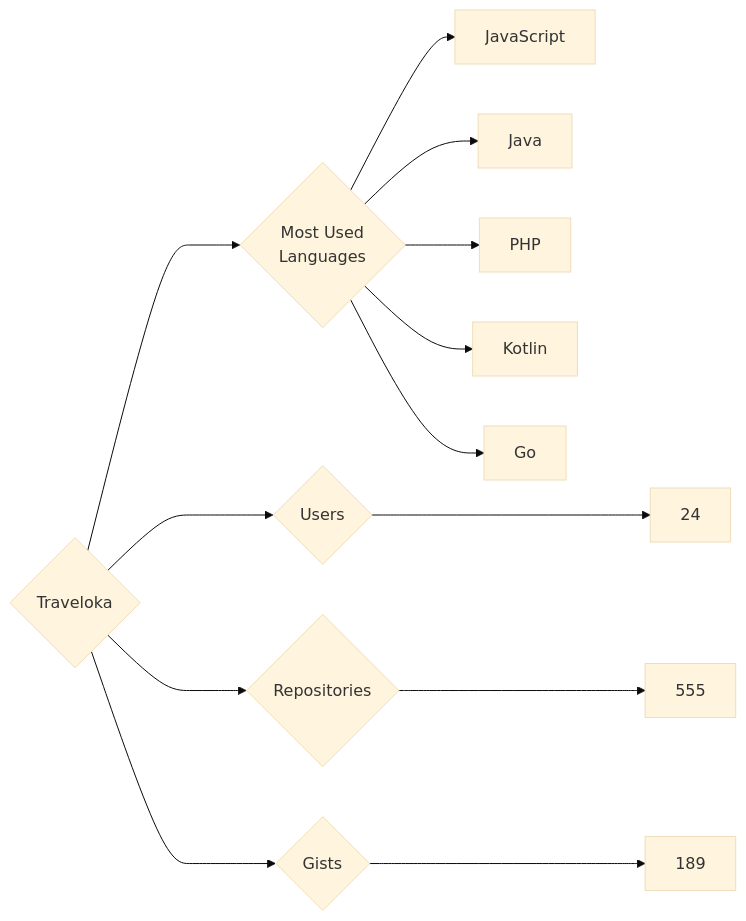
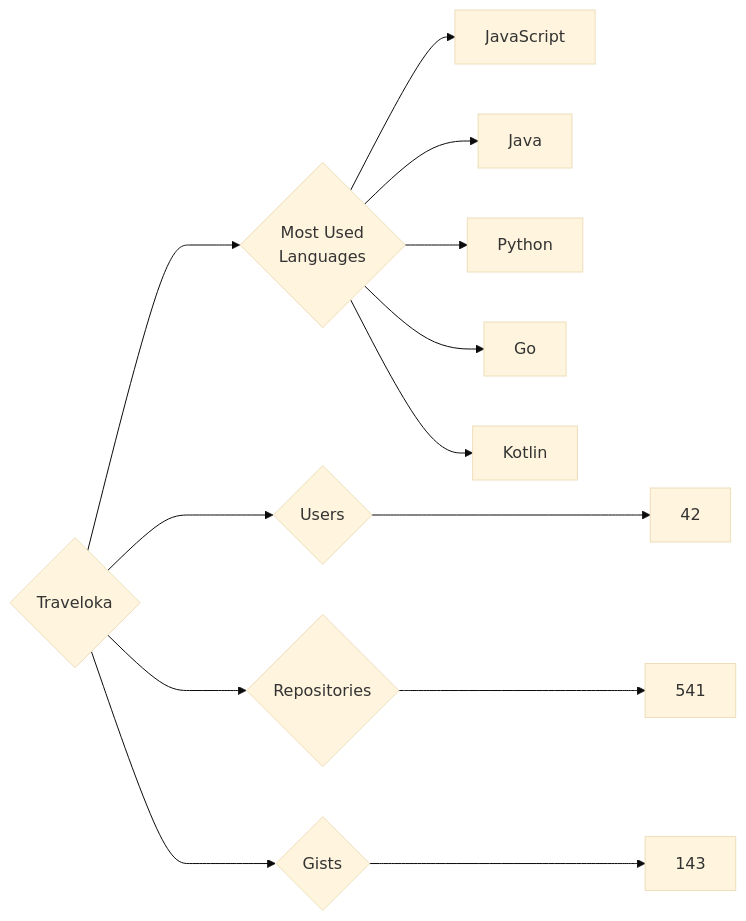
The diagram in targets/Traveloka/README.md (trickest/insiders), drawn with Mermaid (base theme) before and after one commit. The commit also changed 833 other files, not shown here.

````diff
--- a/targets/Traveloka/README.md
+++ b/targets/Traveloka/README.md
@@ -3,13 +3,13 @@
 ```mermaid
 graph LR
 COMPANY_NAME{Traveloka}
-COMPANY_NAME ---> U{Users} ---> UN[24]
-COMPANY_NAME ---> R{Repositories} ---> RN[555]
-COMPANY_NAME ---> G{Gists} ---> GN[189]
+COMPANY_NAME ---> U{Users} ---> UN[42]
+COMPANY_NAME ---> R{Repositories} ---> RN[541]
+COMPANY_NAME ---> G{Gists} ---> GN[143]
 COMPANY_NAME ---> ML{Most Used<br>Languages}
 ML --> JavaScript[JavaScript]
 ML --> Java[Java]
-ML --> PHP[PHP]
+ML --> Python[Python]
+ML --> Go[Go]
 ML --> Kotlin[Kotlin]
-ML --> Go[Go]
 ```
````
